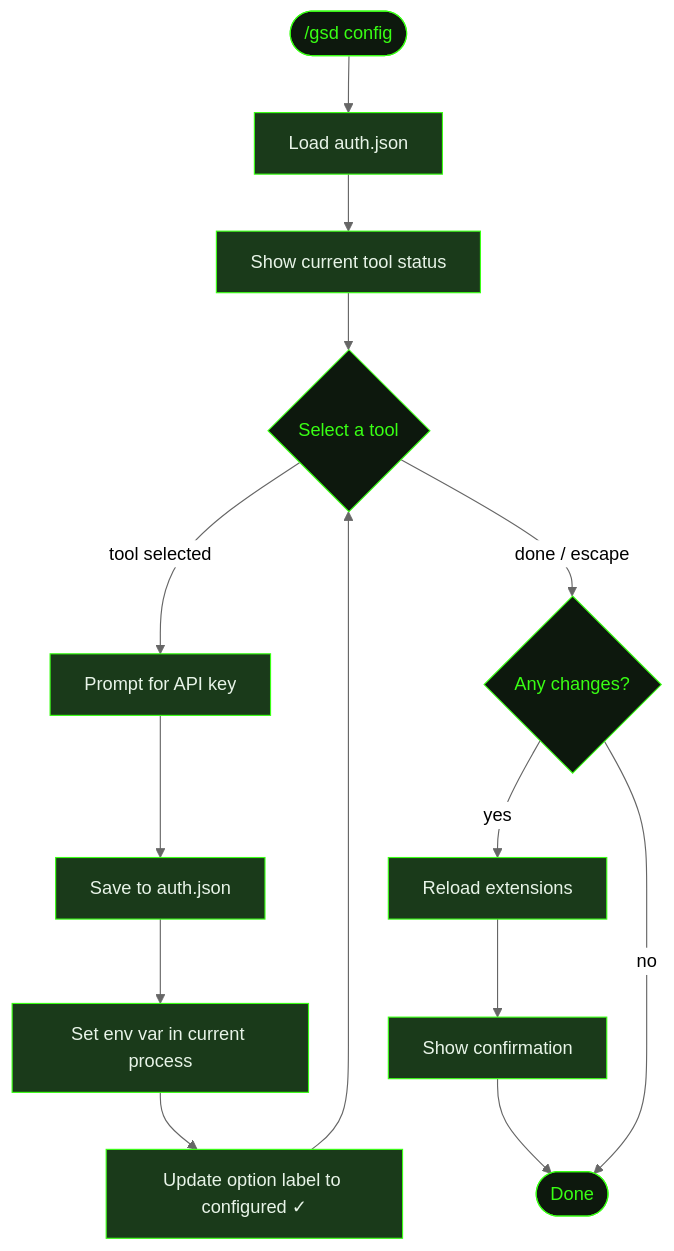
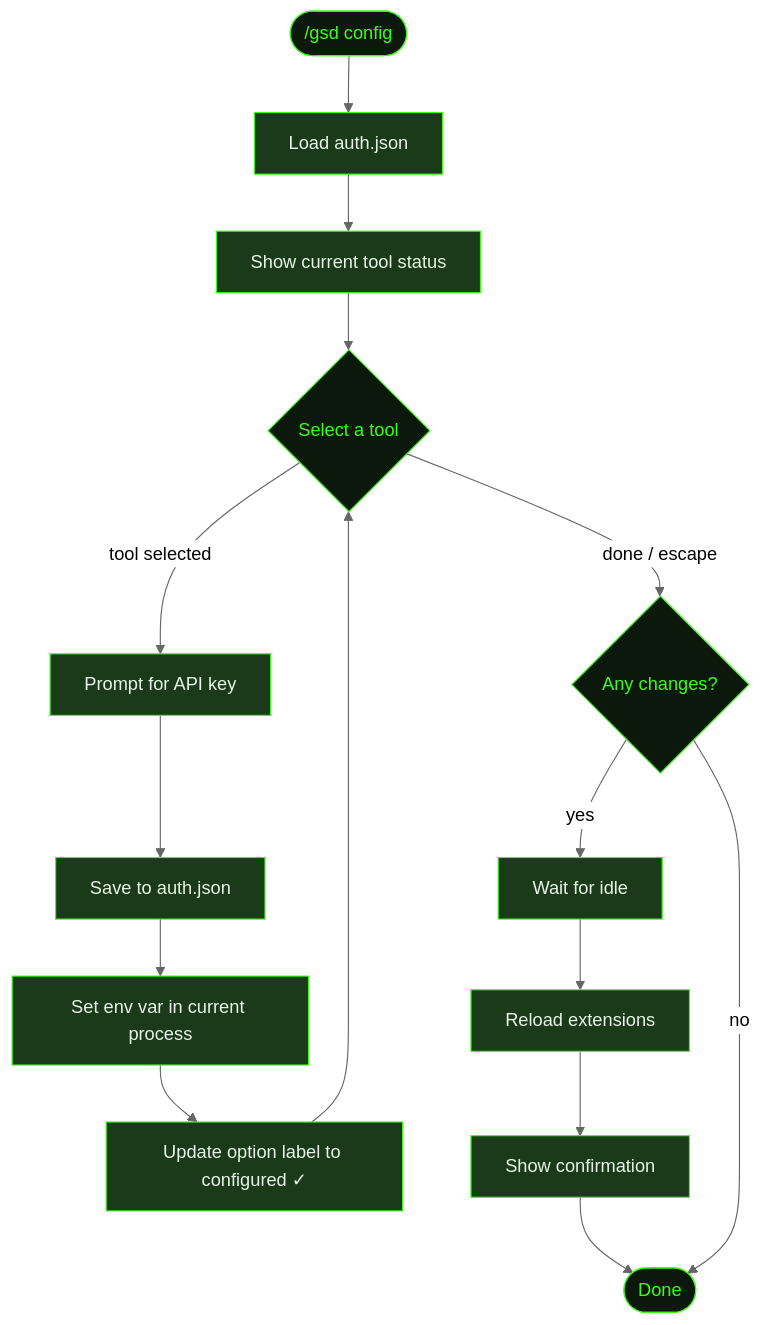
The diagram in src/content/docs/commands/config.mdx (shusha-group/gsd2-guide), drawn with Mermaid (neutral theme) before and after one commit. The commit also changed other lines of this file and 63 other files, not shown here.

````diff
--- a/src/content/docs/commands/config.mdx
+++ b/src/content/docs/commands/config.mdx
@@ -26,29 +26,31 @@
 ```mermaid
 flowchart TD
-    Start(["/gsd config"]) --> Load[Load auth.json]
-    Load --> Status[Show current tool status]
+    Start(["/gsd config"]) --> LoadAuth[Load auth.json]
+    LoadAuth --> Status[Show current tool status]
     Status --> Loop{Select a tool}
     Loop -->|tool selected| Input[Prompt for API key]
     Input --> Save[Save to auth.json]
     Save --> Activate[Set env var in current process]
     Activate --> UpdateLabel[Update option label to configured ✓]
     UpdateLabel --> Loop
     Loop -->|done / escape| Changed{Any changes?}
-    Changed -->|yes| Reload[Reload extensions]
+    Changed -->|yes| Idle[Wait for idle]
+    Idle --> Reload[Reload extensions]
     Reload --> Confirm[Show confirmation]
     Confirm --> End([Done])
     Changed -->|no| End
 
     style Start fill:#0d180d,stroke:#39ff14,color:#39ff14
     style Loop fill:#0d180d,stroke:#39ff14,color:#39ff14
     style Changed fill:#0d180d,stroke:#39ff14,color:#39ff14
-    style Load fill:#1a3a1a,stroke:#39ff14,color:#e8f4e8
+    style End fill:#0d180d,stroke:#39ff14,color:#39ff14
+    style LoadAuth fill:#1a3a1a,stroke:#39ff14,color:#e8f4e8
     style Status fill:#1a3a1a,stroke:#39ff14,color:#e8f4e8
     style Input fill:#1a3a1a,stroke:#39ff14,color:#e8f4e8
     style Save fill:#1a3a1a,stroke:#39ff14,color:#e8f4e8
     style Activate fill:#1a3a1a,stroke:#39ff14,color:#e8f4e8
     style UpdateLabel fill:#1a3a1a,stroke:#39ff14,color:#e8f4e8
+    style Idle fill:#1a3a1a,stroke:#39ff14,color:#e8f4e8
     style Reload fill:#1a3a1a,stroke:#39ff14,color:#e8f4e8
     style Confirm fill:#1a3a1a,stroke:#39ff14,color:#e8f4e8
-    style End fill:#0d180d,stroke:#39ff14,color:#39ff14
 ```
````
